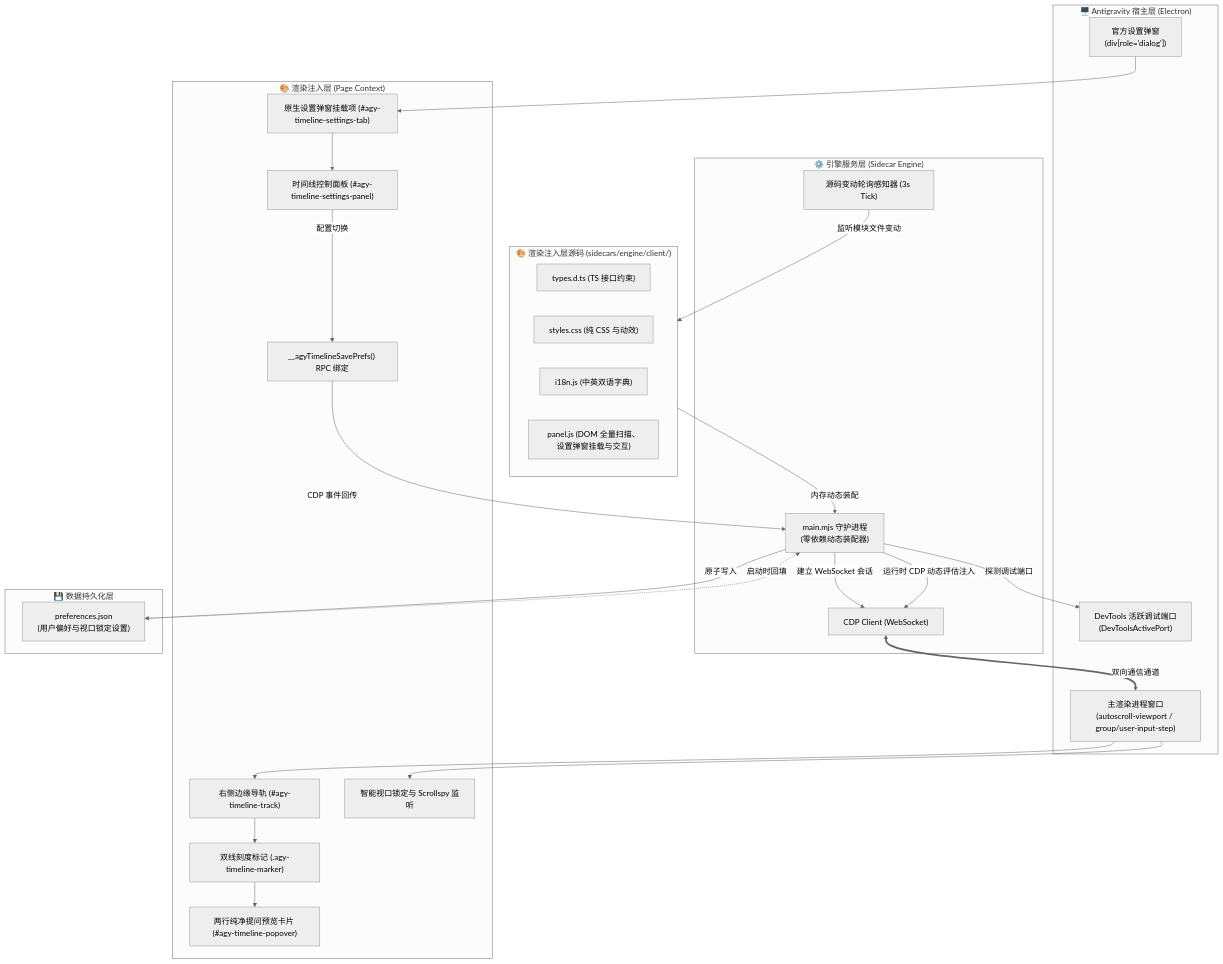
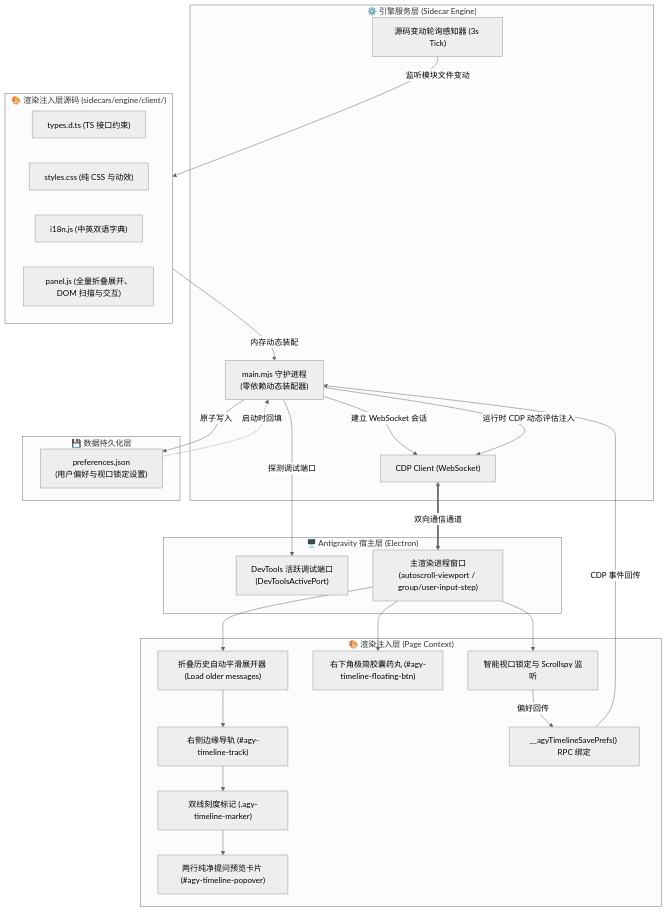
The diagram in ARCHITECTURE.md (moumouye/antigravity-timeline), drawn with Mermaid (neutral theme) before and after one commit. The commit also changed other lines of this file and 5 other files, not shown here.

````diff
--- a/ARCHITECTURE.md
+++ b/ARCHITECTURE.md
@@ -11,54 +11,53 @@
 ```mermaid
 flowchart TB
     subgraph Host ["🖥️ Antigravity 宿主层 (Electron)"]
         DevTools["DevTools 活跃调试端口<br/>(DevToolsActivePort)"]
         Renderer["主渲染进程窗口<br/>(autoscroll-viewport / group/user-input-step)"]
-        NativeSettings["官方设置弹窗<br/>(div[role='dialog'])"]
     end
 
     subgraph Sidecar ["⚙️ 引擎服务层 (Sidecar Engine)"]
         Main["main.mjs 守护进程<br/>(零依赖动态装配器)"]
         CDP["CDP Client (WebSocket)"]
         Watcher["源码变动轮询感知器 (3s Tick)"]
     end
 
     subgraph Client ["🎨 渲染注入层源码 (sidecars/engine/client/)"]
         Types["types.d.ts (TS 接口约束)"]
         Styles["styles.css (纯 CSS 与动效)"]
         I18n["i18n.js (中英双语字典)"]
-        Panel["panel.js (DOM 全量扫描、设置弹窗挂载与交互)"]
+        Panel["panel.js (全量折叠展开、DOM 扫描与交互)"]
     end
 
     subgraph Injected ["🎨 渲染注入层 (Page Context)"]
+        AutoExpand["折叠历史自动平滑展开器 (Load older messages)"]
         Track["右侧边缘导轨 (#agy-timeline-track)"]
         Markers["双线刻度标记 (.agy-timeline-marker)"]
         Popover["两行纯净提问预览卡片 (#agy-timeline-popover)"]
-        SettingsTab["原生设置弹窗挂载项 (#agy-timeline-settings-tab)"]
-        SettingsPanel["时间线控制面板 (#agy-timeline-settings-panel)"]
+        FloatBtn["右下角极简胶囊药丸 (#agy-timeline-floating-btn)"]
         ScrollController["智能视口锁定与 Scrollspy 监听"]
         Binding["__agyTimelineSavePrefs() RPC 绑定"]
     end
 
     subgraph Storage ["💾 数据持久化层"]
         Prefs["preferences.json<br/>(用户偏好与视口锁定设置)"]
     end
 
     Main -->|探测调试端口| DevTools
     Main -->|建立 WebSocket 会话| CDP
     CDP <==>|双向通信通道| Renderer
 
     Watcher -->|监听模块文件变动| Client
     Client -->|内存动态装配| Main
     Main -->|运行时 CDP 动态评估注入| CDP
 
-    Renderer --> Track
+    Renderer --> AutoExpand
+    AutoExpand --> Track
     Track --> Markers
     Markers --> Popover
-    NativeSettings --> SettingsTab
-    SettingsTab --> SettingsPanel
+    Renderer --> FloatBtn
     Renderer --> ScrollController
-    SettingsPanel -->|配置切换| Binding
+    ScrollController -->|偏好回传| Binding
     Binding -->|CDP 事件回传| Main
     Main -->|原子写入| Prefs
     Prefs -.->|启动时回填| Main
 ```
````
